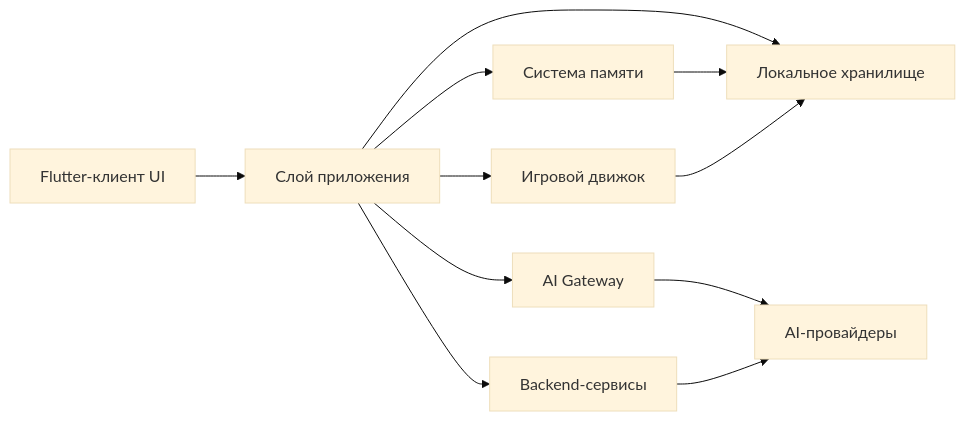
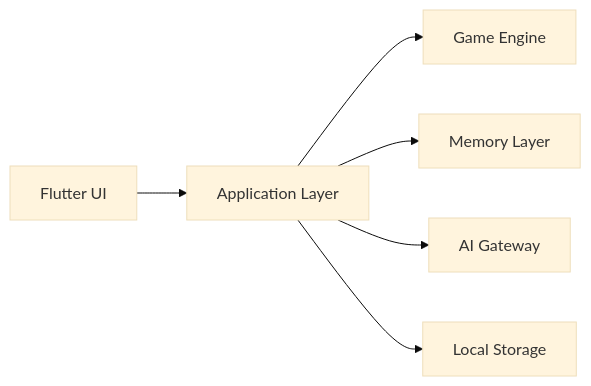
One commit to svc-alexey/AI_RPG changed the first of 3 diagrams in Architecture.md. Above: the diagram before and after it, drawn with Mermaid (base theme). The commit also changed other lines of this file and 38 other files, not shown here.

````diff
--- a/Architecture.md
+++ b/Architecture.md
@@ -4,22 +5,15 @@
 ```mermaid
 flowchart LR
-    UI[Flutter-клиент UI]
-    APP[Слой приложения]
-    ENGINE[Игровой движок]
-    MEMORY[Система памяти]
-    AI[AI Gateway]
-    STORE[Локальное хранилище]
-    BACKEND[Backend-сервисы]
-    PROVIDERS[AI-провайдеры]
+    UI["Flutter UI"]
+    APP["Application Layer"]
+    ENGINE["Game Engine"]
+    MEMORY["Memory Layer"]
+    AI["AI Gateway"]
+    STORE["Local Storage"]
 
     UI --> APP
     APP --> ENGINE
     APP --> MEMORY
     APP --> AI
     APP --> STORE
-    AI --> PROVIDERS
-    APP --> BACKEND
-    MEMORY --> STORE
-    ENGINE --> STORE
-    BACKEND --> PROVIDERS
 ```
````
